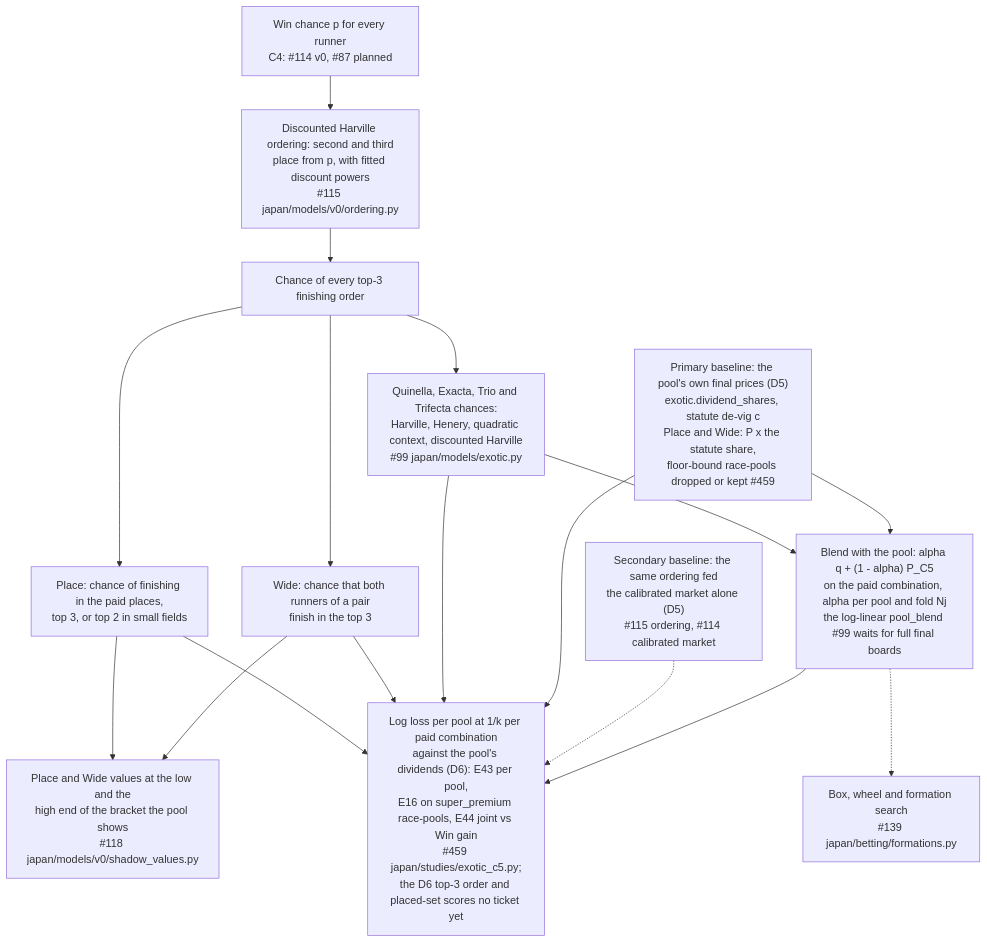
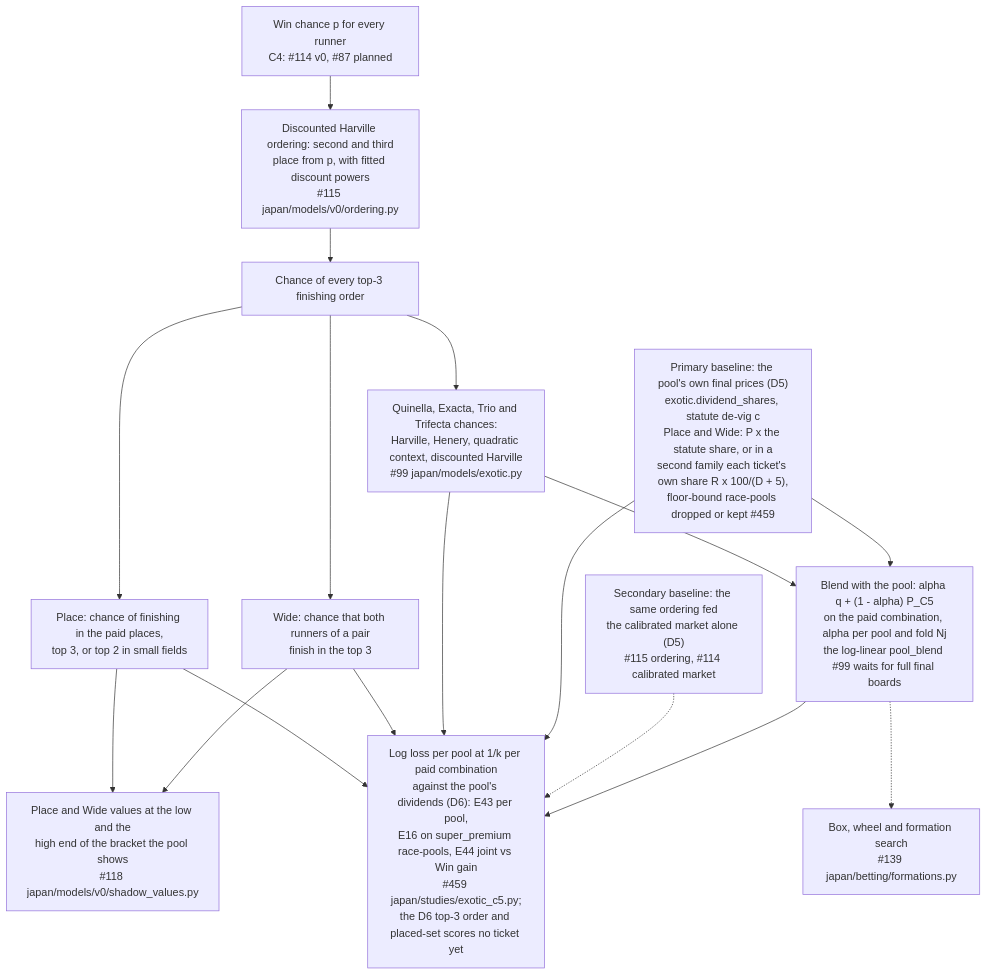
The fourth of 6 diagrams in docs/modeling.md (rjeskuri/HorseTrackBetting), drawn with Mermaid before and after one commit. The commit also changed 3 other files, not shown here.

First line of the commit message:
Write up C5's per-ticket de-vig against the statute's (#459)

````diff
--- a/docs/modeling.md
+++ b/docs/modeling.md
@@ -187,31 +187,31 @@
 ```mermaid
 flowchart TD
     WIN["Win chance p for every runner<br/>C4: #114 v0, #87 planned"]
     ORD["Discounted Harville ordering: second and third<br/>place from p, with fitted discount powers<br/>#115 japan/models/v0/ordering.py"]
     TOP3["Chance of every top-3 finishing order"]
     PLACE["Place: chance of finishing in the paid places,<br/>top 3, or top 2 in small fields"]
     WIDE["Wide: chance that both runners of a pair<br/>finish in the top 3"]
     EXO["Quinella, Exacta, Trio and Trifecta chances:<br/>Harville, Henery, quadratic context, discounted Harville<br/>#99 japan/models/exotic.py"]
     BRK["Place and Wide values at the low and the<br/>high end of the bracket the pool shows<br/>#118 japan/models/v0/shadow_values.py"]
-    POOL["Primary baseline: the pool's own final prices (D5)<br/>exotic.dividend_shares, statute de-vig #99;<br/>Place and Wide: P x the statute share,<br/>floor-bound race-pools dropped or kept #459"]
+    POOL["Primary baseline: the pool's own final prices (D5)<br/>exotic.dividend_shares, statute de-vig #99;<br/>Place and Wide: P x the statute share, or in a<br/>second family each ticket's own share R x 100/(D + 5),<br/>floor-bound race-pools dropped or kept #459"]
     DERIV["Secondary baseline: the same ordering fed<br/>the calibrated market alone (D5)<br/>#115 ordering, #114 calibrated market"]
     SCORE["Log loss per pool at 1/k per paid combination<br/>against the pool's dividends (D6): E43 per pool,<br/>E16 on super_premium race-pools, E44 joint vs Win gain<br/>#459 japan/studies/exotic_c5.py;<br/>the D6 top-3 order and placed-set scores no ticket yet"]
     BLEND["Blend with the pool: alpha q + (1 - alpha) P_C5<br/>on the paid combination, alpha per pool and fold #459;<br/>the log-linear pool_blend #99 waits for full final boards"]
     FORM["Box, wheel and formation search<br/>#139 japan/betting/formations.py"]
     WIN --> ORD
     ORD --> TOP3
     TOP3 --> PLACE
     TOP3 --> WIDE
     TOP3 --> EXO
     PLACE --> BRK
     WIDE --> BRK
     PLACE --> SCORE
     WIDE --> SCORE
     EXO --> SCORE
     POOL --> SCORE
     DERIV -.-> SCORE
     EXO --> BLEND
     POOL --> BLEND
     BLEND --> SCORE
     BLEND -.-> FORM
 ```
````
